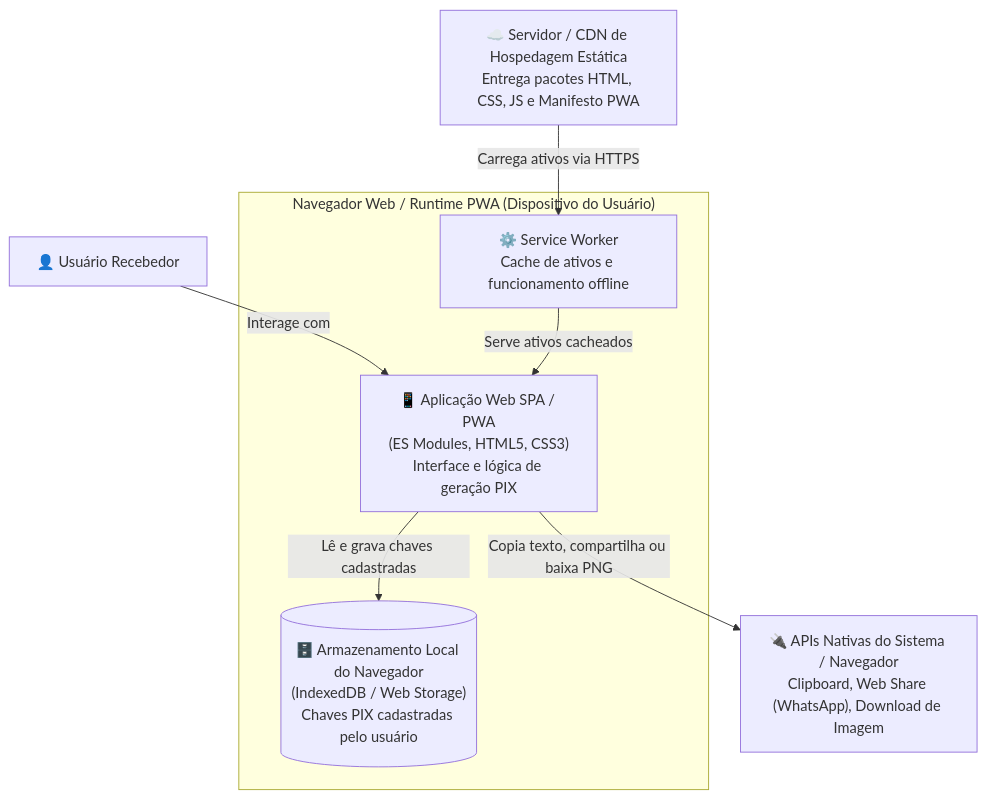
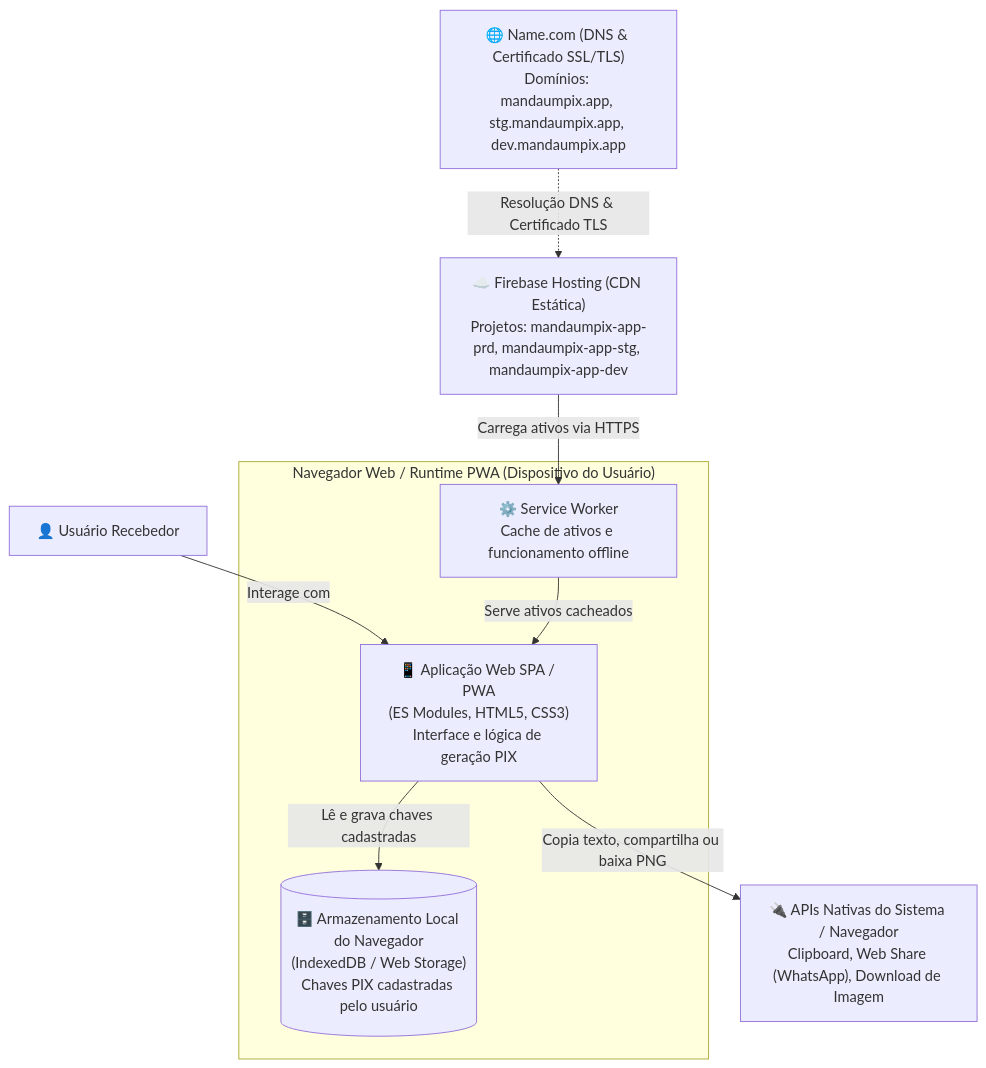
The second of 3 diagrams in docs/architecture/c4_models.md (luizcanet/mandaumpix.app), drawn with Mermaid before and after one commit. The commit also changed other lines of this file and 13 other files, not shown here.

Commit message:
docs: update changelog and architecture documentation with firebase hosting decisions

````diff
--- a/docs/architecture/c4_models.md
+++ b/docs/architecture/c4_models.md
@@ -40,19 +40,21 @@
 ```mermaid
 flowchart TD
     User["👤 Usuário Recebedor"]
 
     subgraph Browser["Navegador Web / Runtime PWA (Dispositivo do Usuário)"]
         PWAApp["📱 Aplicação Web SPA / PWA<br/>(ES Modules, HTML5, CSS3)<br/>Interface e lógica de geração PIX"]
         SW["⚙️ Service Worker<br/>Cache de ativos e funcionamento offline"]
         LocalStore[("🗄️ Armazenamento Local do Navegador<br/>(IndexedDB / Web Storage)<br/>Chaves PIX cadastradas pelo usuário")]
     end
 
-    CDN["☁️ Servidor / CDN de Hospedagem Estática<br/>Entrega pacotes HTML, CSS, JS e Manifesto PWA"]
+    DNS["🌐 Name.com (DNS & Certificado SSL/TLS)<br/>Domínios: mandaumpix.app, stg.mandaumpix.app, dev.mandaumpix.app"]
+    CDN["☁️ Firebase Hosting (CDN Estática)<br/>Projetos: mandaumpix-app-prd, mandaumpix-app-stg, mandaumpix-app-dev"]
     NativeAPIs["🔌 APIs Nativas do Sistema / Navegador<br/>Clipboard, Web Share (WhatsApp), Download de Imagem"]
 
     User -->|"Interage com"| PWAApp
+    DNS -.->|"Resolução DNS & Certificado TLS"| CDN
     CDN -->|"Carrega ativos via HTTPS"| SW
     SW -->|"Serve ativos cacheados"| PWAApp
     PWAApp -->|"Lê e grava chaves cadastradas"| LocalStore
     PWAApp -->|"Copia texto, compartilha ou baixa PNG"| NativeAPIs
 ```
````
